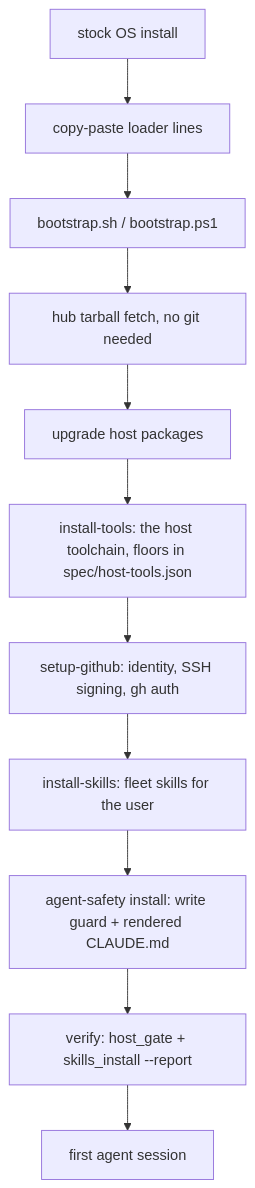
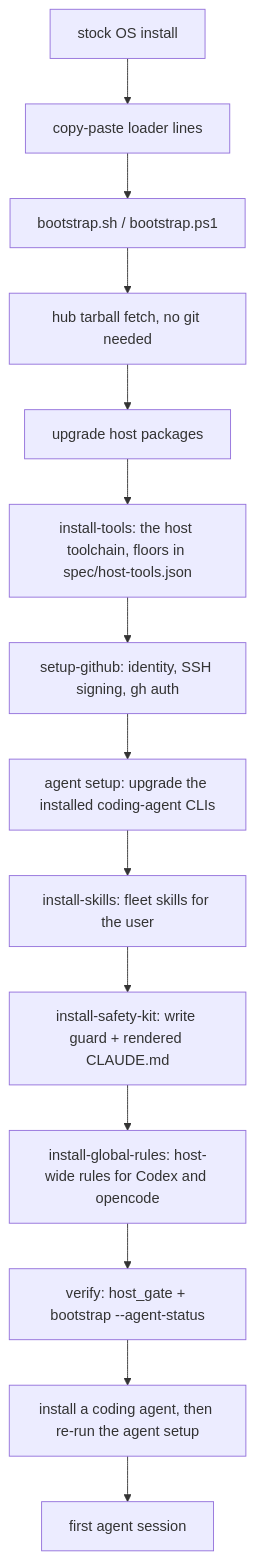
One commit to ptr727/ProjectTemplate changed the second of 5 diagrams in docs/fleet-map.md. Above: the diagram before and after it, drawn with Mermaid. The commit also changed other lines of this file and 6 other files, not shown here.

First line of the commit message:
Describe the Agent Setup in the Fleet Map and the Cold-Start Docs (#4091)

````diff
--- a/docs/fleet-map.md
+++ b/docs/fleet-map.md
@@ -77,13 +77,16 @@
 ```mermaid
 flowchart TD
   os["stock OS install"] --> paste["copy-paste loader lines"]
   paste --> boot["bootstrap.sh / bootstrap.ps1"]
   boot --> fetch["hub tarball fetch, no git needed"]
   fetch --> upgrade["upgrade host packages"]
   upgrade --> tools["install-tools: the host toolchain, floors in spec/host-tools.json"]
   tools --> github["setup-github: identity, SSH signing, gh auth"]
-  github --> skillsinstall["install-skills: fleet skills for the user"]
-  skillsinstall --> safety["agent-safety install: write guard + rendered CLAUDE.md"]
-  safety --> verify["verify: host_gate + skills_install --report"]
-  verify --> session["first agent session"]
+  github --> agenttools["agent setup: upgrade the installed coding-agent CLIs"]
+  agenttools --> skillsinstall["install-skills: fleet skills for the user"]
+  skillsinstall --> safety["install-safety-kit: write guard + rendered CLAUDE.md"]
+  safety --> rules["install-global-rules: host-wide rules for Codex and opencode"]
+  rules --> verify["verify: host_gate + bootstrap --agent-status"]
+  verify --> agent["install a coding agent, then re-run the agent setup"]
+  agent --> session["first agent session"]
 ```
````
